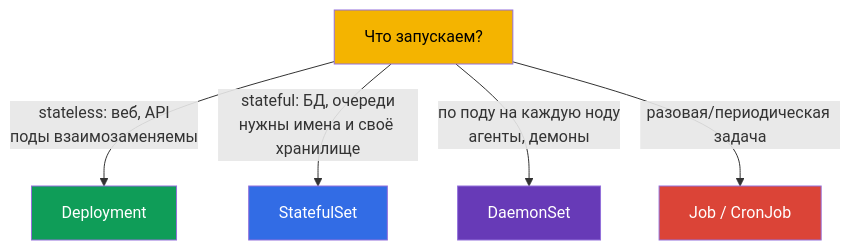
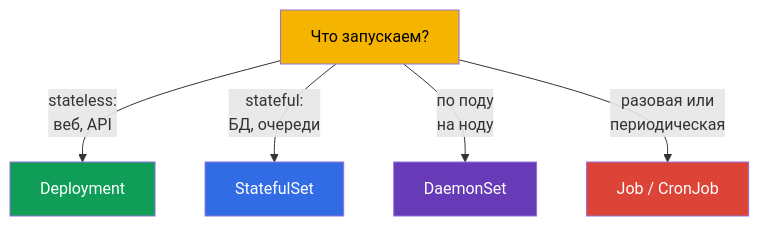
Before and after one commit to ViktorUJ/cks: the fifth of 5 diagrams in tasks/cka/course/05/ru.md, drawn with Mermaid. The commit also changed other lines of this file and 10 other files, not shown here.

````diff
--- a/tasks/cka/course/05/ru.md
+++ b/tasks/cka/course/05/ru.md
@@ -245,13 +259,13 @@
 ```mermaid
 flowchart TB
     q["Что запускаем?"]
-    q -->|"stateless: веб, API<br>поды взаимозаменяемы"| dep["Deployment"]
-    q -->|"stateful: БД, очереди<br>нужны имена и своё хранилище"| sts["StatefulSet"]
-    q -->|"по поду на каждую ноду<br>агенты, демоны"| ds["DaemonSet"]
-    q -->|"разовая/периодическая задача"| job["Job / CronJob"]
+    q -->|"stateless:<br>веб, API"| dep["Deployment"]
+    q -->|"stateful:<br>БД, очереди"| sts["StatefulSet"]
+    q -->|"по поду<br>на ноду"| ds["DaemonSet"]
+    q -->|"разовая или<br>периодическая"| job["Job / CronJob"]
     style q fill:#f4b400,color:#000
     style dep fill:#0f9d58,color:#fff
     style sts fill:#326ce5,color:#fff
     style ds fill:#673ab7,color:#fff
     style job fill:#db4437,color:#fff
 ```
````
